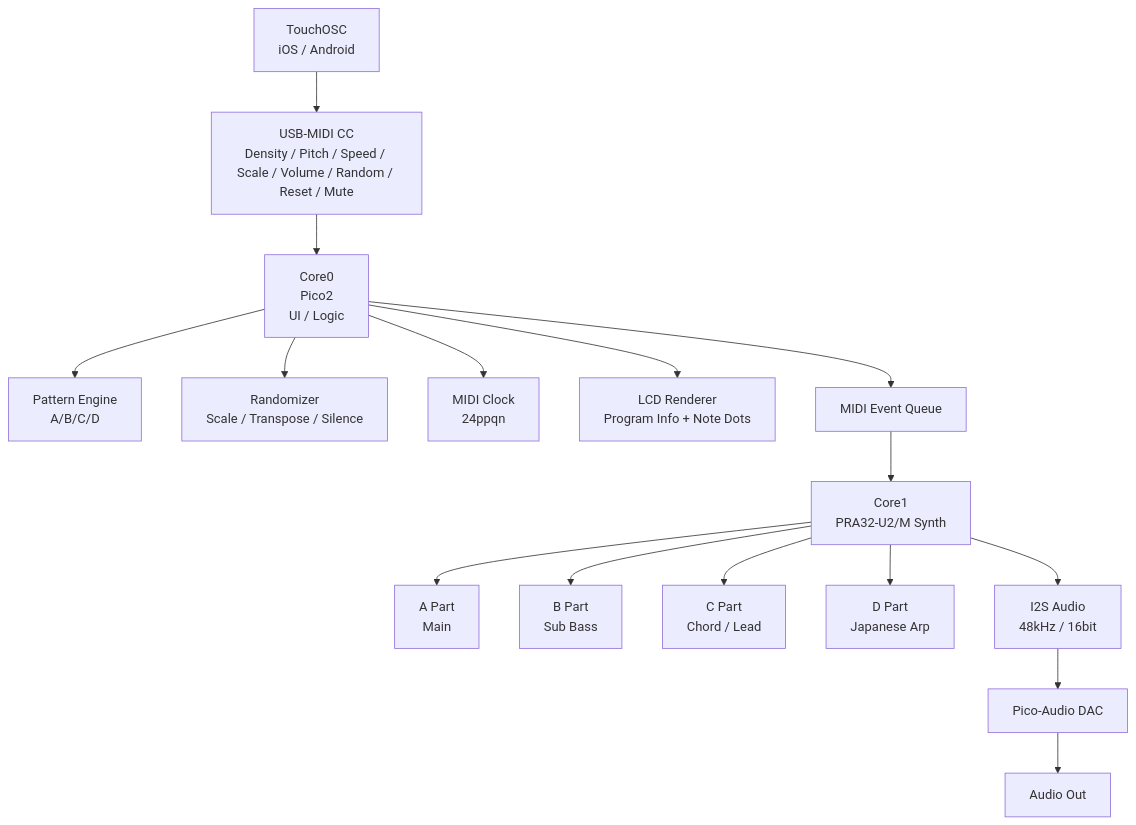
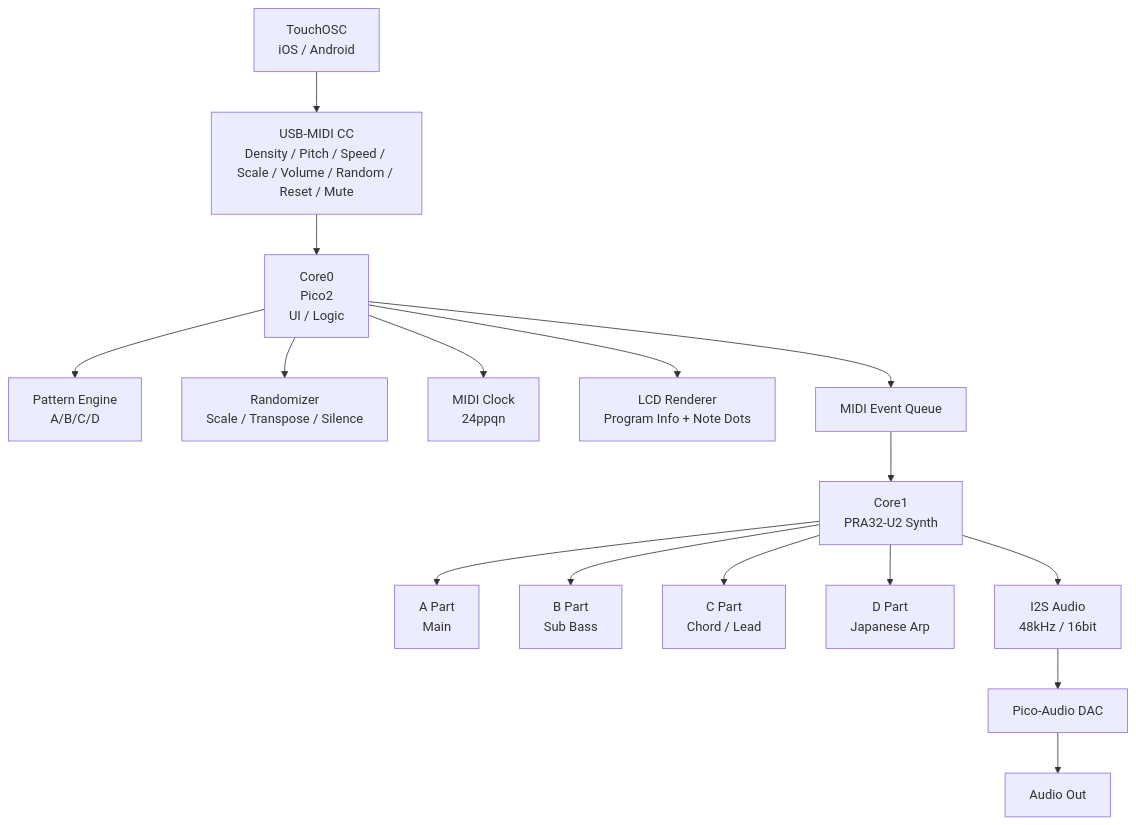
Before and after one commit to plantssystem/KOSMOS2: the first of 2 diagrams in README.md, drawn with Mermaid. The commit also changed other lines of this file, not shown here.

````diff
--- a/README.md
+++ b/README.md
@@ -203,39 +163,39 @@
 ```mermaid
 flowchart TD
 
     %% ============================
     %% 外部コントローラー
     %% ============================
     TO[TouchOSC<br/>iOS / Android] --> CC[USB-MIDI CC<br/>Density / Pitch / Speed / Scale / Volume / Random / Reset / Mute]
 
     %% ============================
     %% Core0（UI + ロジック）
     %% ============================
     CC --> C0[Core0<br/>Pico2<br/>UI / Logic]
 
     C0 --> PAT[Pattern Engine<br/>A/B/C/D]
     C0 --> RAND[Randomizer<br/>Scale / Transpose / Silence]
     C0 --> CLOCK[MIDI Clock<br/>24ppqn]
     C0 --> LCD[LCD Renderer<br/>Program Info + Note Dots]
 
     %% Core0 → Core1
     C0 --> Q[MIDI Event Queue]
 
     %% ============================
-    %% Core1（PRA32-U2/M シンセ）
+    %% Core1（PRA32-U2 シンセ）
     %% ============================
-    Q --> C1[Core1<br/>PRA32-U2/M Synth]
+    Q --> C1[Core1<br/>PRA32-U2 Synth]
 
     C1 --> A[A Part<br/>Main]
     C1 --> B[B Part<br/>Sub Bass]
     C1 --> C[C Part<br/>Chord / Lead]
     C1 --> D[D Part<br/>Japanese Arp]
 
     %% ============================
     %% オーディオ出力
     %% ============================
     C1 --> I2S[I2S Audio<br/>48kHz / 16bit]
     I2S --> DAC[Pico-Audio DAC]
     DAC --> OUT[Audio Out]
 
 ```
````
